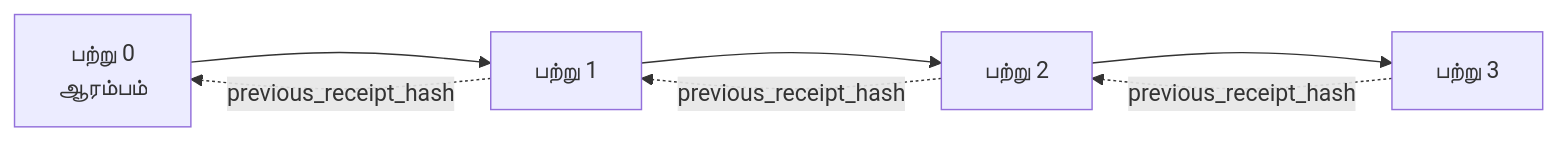
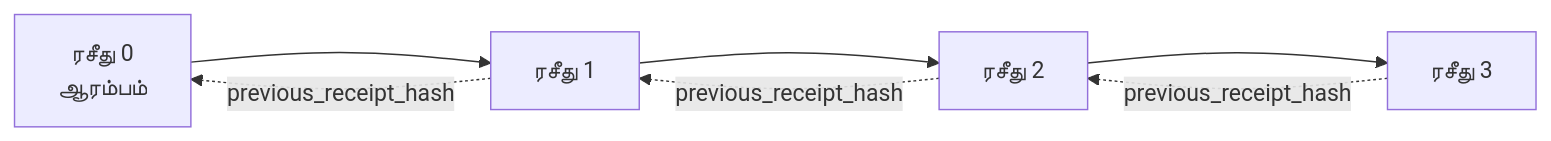
One commit to microsoft/ai-agents-for-beginners changed the second of 2 diagrams in translations/ta/18-securing-ai-agents/README.md. Above: the diagram before and after it, drawn with Mermaid. The commit also changed other lines of this file and 219 other files, not shown here.

````diff
--- a/translations/ta/18-securing-ai-agents/README.md
+++ b/translations/ta/18-securing-ai-agents/README.md
@@ -206,9 +206,9 @@
 ```mermaid
 flowchart LR
-    R0[பற்று 0<br/>ஆரம்பம்] --> R1[பற்று 1]
-    R1 --> R2[பற்று 2]
-    R2 --> R3[பற்று 3]
+    R0[ரசீது 0<br/>ஆரம்பம்] --> R1[ரசீது 1]
+    R1 --> R2[ரசீது 2]
+    R2 --> R3[ரசீது 3]
     R1 -. previous_receipt_hash .-> R0
     R2 -. previous_receipt_hash .-> R1
     R3 -. previous_receipt_hash .-> R2
 ```
````
